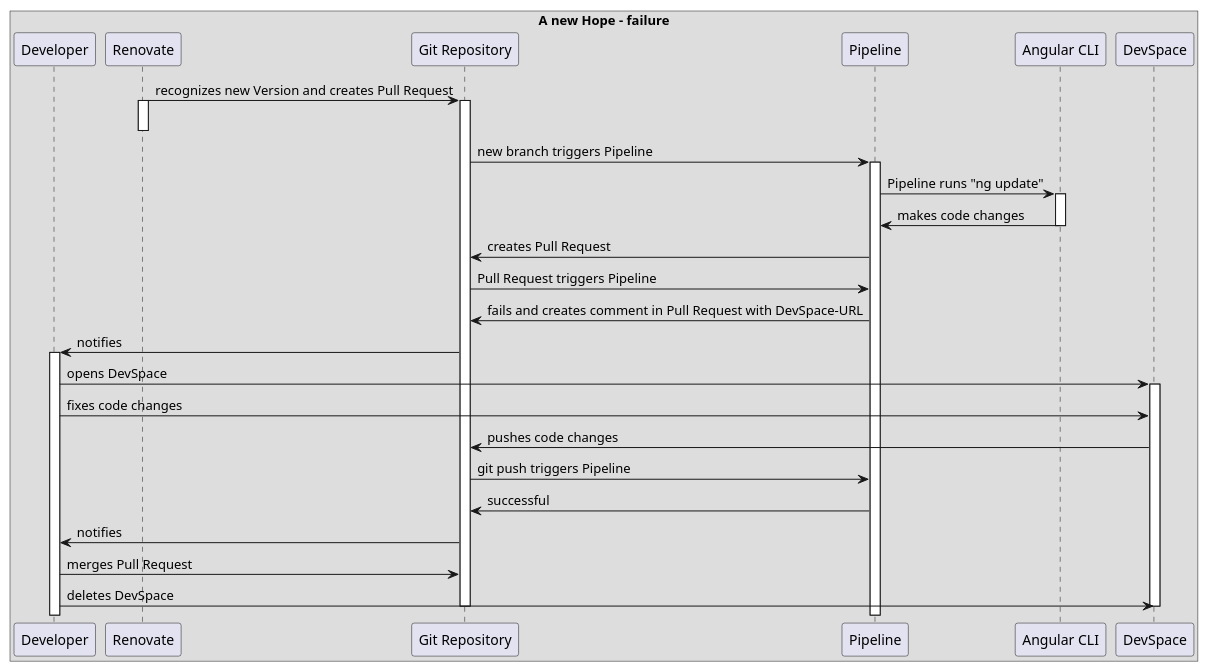
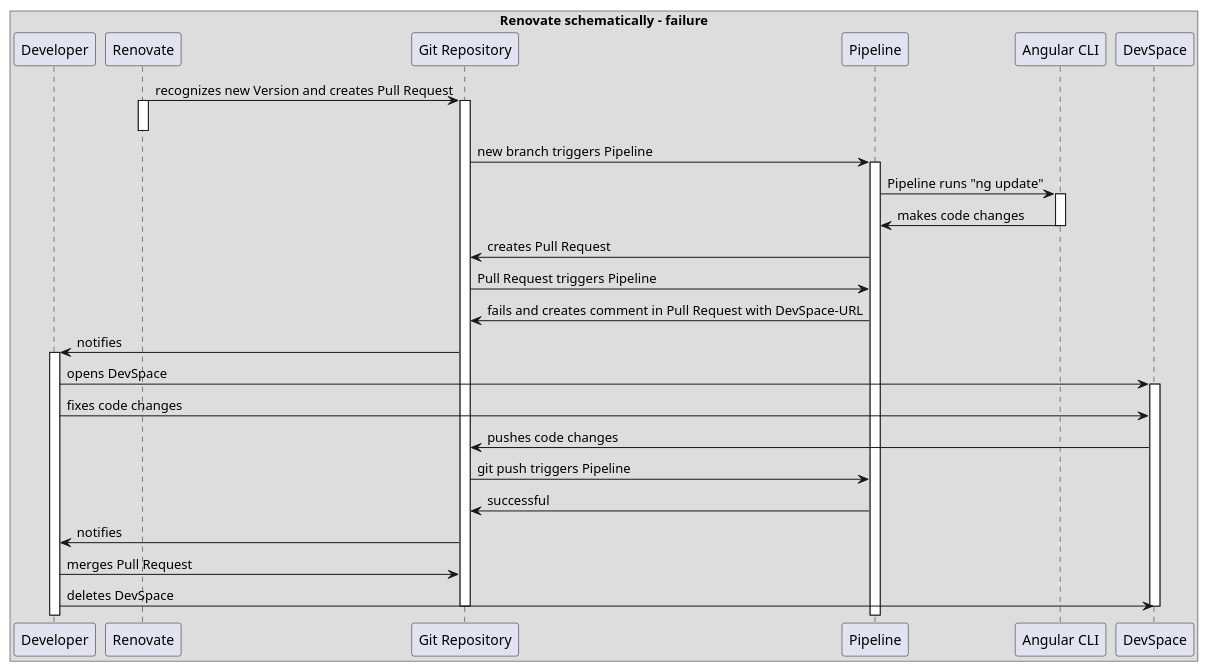
One commit to Gepardec/renovate changed the diagram in diagrams/failure-sequence.puml. Above: the diagram before and after it, drawn with PlantUML. The commit also changed 3 other files, not shown here.

Commit message:
update diagram titles

```diff
--- a/diagrams/failure-sequence.puml
+++ b/diagrams/failure-sequence.puml
@@ -1,49 +1,49 @@
 @startuml
-box A new Hope - failure
+box Renovate schematically - failure
 participant Developer
 
 participant Renovate
 
 Renovate -> "Git Repository" : recognizes new Version and creates Pull Request
 activate Renovate
 activate "Git Repository"
 deactivate Renovate
 
 "Git Repository" -> Pipeline : new branch triggers Pipeline
 activate Pipeline
 
 Pipeline -> "Angular CLI" : Pipeline runs "ng update"
 activate "Angular CLI"
 
 "Angular CLI" -> Pipeline : makes code changes
 deactivate "Angular CLI"
 
 Pipeline -> "Git Repository" : creates Pull Request
 
 "Git Repository" -> Pipeline : Pull Request triggers Pipeline
 
 Pipeline -> "Git Repository" : fails and creates comment in Pull Request with DevSpace-URL
 
 "Git Repository" -> Developer : notifies
 activate Developer
 
 Developer -> DevSpace : opens DevSpace
 activate DevSpace
 Developer -> DevSpace : fixes code changes
 
 DevSpace -> "Git Repository" : pushes code changes
 "Git Repository" -> Pipeline : git push triggers Pipeline
 
 Pipeline -> "Git Repository" : successful
 
 "Git Repository" -> Developer : notifies
 
 "Developer" -> "Git Repository" : merges Pull Request
 
 Developer -> DevSpace : deletes DevSpace
 deactivate DevSpace
 
 deactivate "Git Repository"
 
 end box
 @enduml
```
